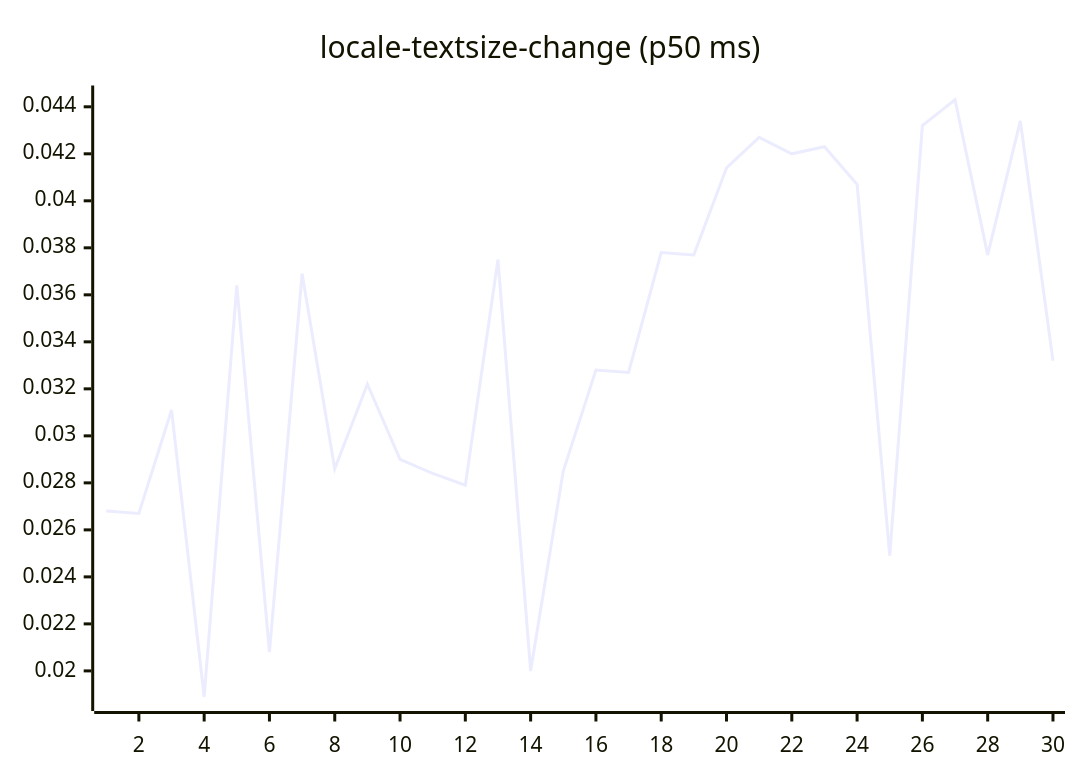
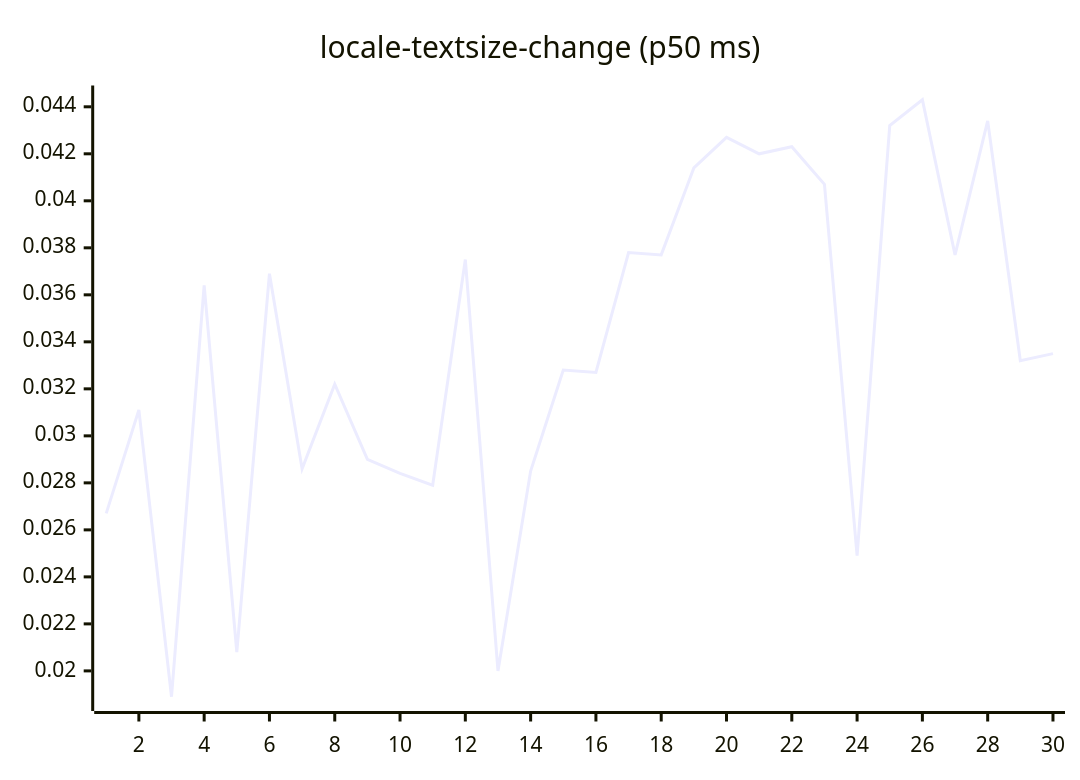
Diagram 13 of 27 in README.md (josha/Facet), drawn with Mermaid before and after one commit. The commit also changed other lines of this file and 2 other files, not shown here.

````diff
--- a/README.md
+++ b/README.md
@@ -147,6 +147,6 @@
 ```mermaid
 xychart-beta
     title "locale-textsize-change (p50 ms)"
     x-axis 1 --> 30
-    line [0.0268, 0.0267, 0.0311, 0.0189, 0.0364, 0.0208, 0.0369, 0.0286, 0.0322, 0.0290, 0.0284, 0.0279, 0.0375, 0.0200, 0.0285, 0.0328, 0.0327, 0.0378, 0.0377, 0.0414, 0.0427, 0.0420, 0.0423, 0.0407, 0.0249, 0.0432, 0.0443, 0.0377, 0.0434, 0.0332]
+    line [0.0267, 0.0311, 0.0189, 0.0364, 0.0208, 0.0369, 0.0286, 0.0322, 0.0290, 0.0284, 0.0279, 0.0375, 0.0200, 0.0285, 0.0328, 0.0327, 0.0378, 0.0377, 0.0414, 0.0427, 0.0420, 0.0423, 0.0407, 0.0249, 0.0432, 0.0443, 0.0377, 0.0434, 0.0332, 0.0335]
 ```
````
